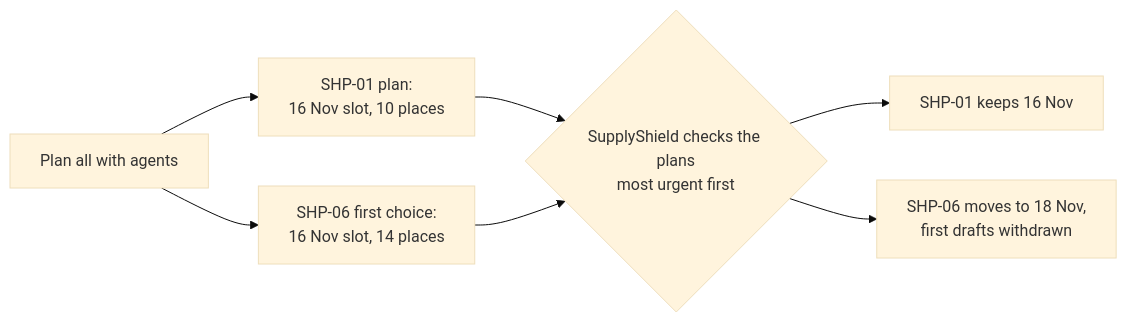
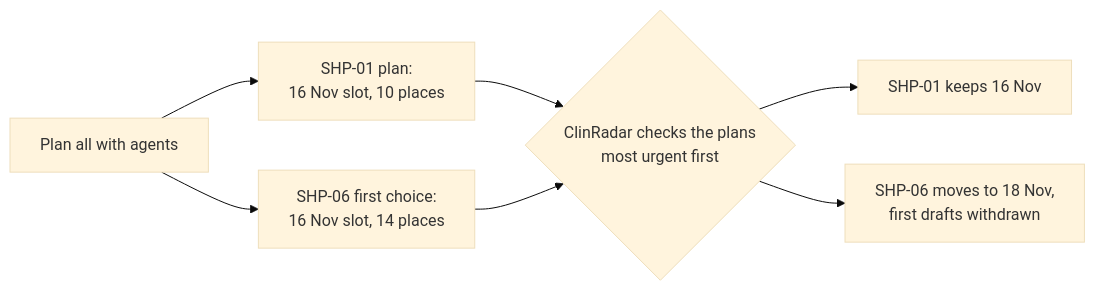
One commit to Gpanaritis/ClinRadar changed the fifth of 7 diagrams in RegChain-AI-User-Journeys.md. Above: the diagram before and after it, drawn with Mermaid (base theme). The commit also changed other lines of this file and 41 other files, not shown here.

First line of the commit message:
Rename the product to ClinRadar and draw the radar logo

````diff
--- a/RegChain-AI-User-Journeys.md
+++ b/RegChain-AI-User-Journeys.md
@@ -230,9 +230,9 @@
 ```mermaid
 flowchart LR
   A[Plan all with agents] --> B[SHP-01 plan:<br/>16 Nov slot, 10 places]
   A --> C[SHP-06 first choice:<br/>16 Nov slot, 14 places]
-  B --> D{SupplyShield checks the plans<br/>most urgent first}
+  B --> D{ClinRadar checks the plans<br/>most urgent first}
   C --> D
   D --> E[SHP-01 keeps 16 Nov]
   D --> F[SHP-06 moves to 18 Nov,<br/>first drafts withdrawn]
 ```
````
